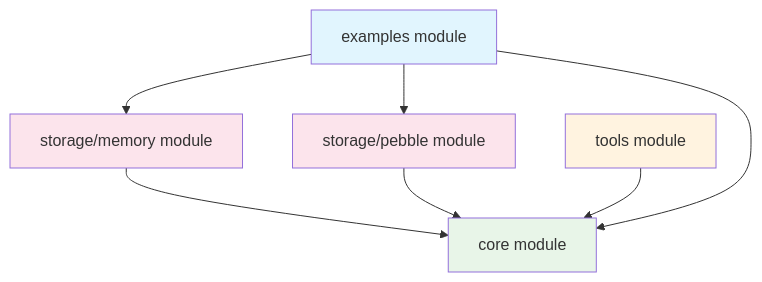
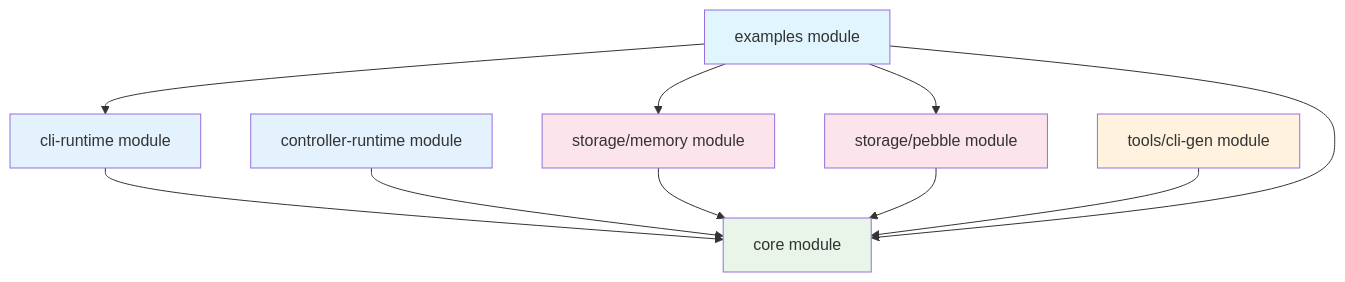
Before and after one commit to dtomasi/k1s: the diagram in docs/Project-Structure.md, drawn with Mermaid. The commit also changed other lines of this file, not shown here.

````diff
--- a/docs/Project-Structure.md
+++ b/docs/Project-Structure.md
@@ -52,27 +55,34 @@
 ```mermaid
 graph TD
     Core[core module]
+    CLI[cli-runtime module]
+    Controller[controller-runtime module]
     Memory[storage/memory module]
     Pebble[storage/pebble module]
-    Tools[tools module]
+    CliGen[tools/cli-gen module]
     Examples[examples module]
     
     %% Dependencies
+    CLI --> Core
+    Controller --> Core
     Memory --> Core
     Pebble --> Core
-    Tools --> Core
+    CliGen --> Core
     Examples --> Core
     Examples --> Memory
     Examples --> Pebble
+    Examples --> CLI
     
     %% Styling
     classDef coreModule fill:#e8f5e8
+    classDef runtimeModule fill:#e3f2fd
     classDef storageModule fill:#fce4ec
     classDef toolModule fill:#fff3e0
     classDef exampleModule fill:#e1f5fe
     
     class Core coreModule
-    class Memory,Bolt,Badger,Pebble storageModule
-    class Tools toolModule
+    class CLI,Controller runtimeModule
+    class Memory,Pebble storageModule
+    class CliGen toolModule
     class Examples exampleModule
 ```
````
